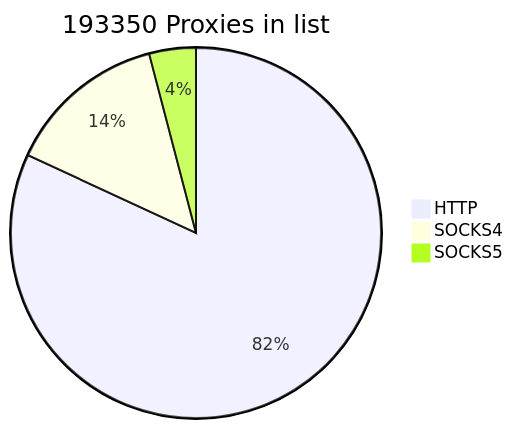
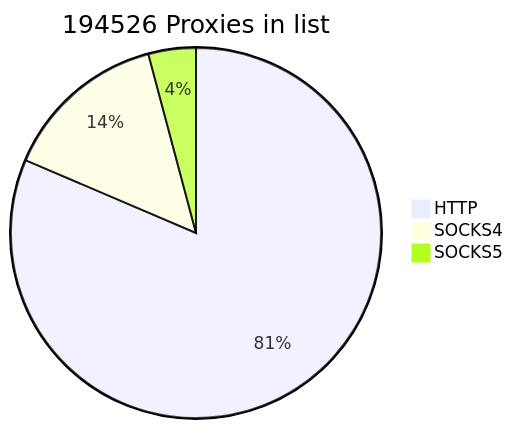
Before and after one commit to cutipu/proxylist: the first of 2 diagrams in README.md, drawn with Mermaid. The commit also changed other lines of this file, not shown here.

````diff
--- a/README.md
+++ b/README.md
@@ -2,7 +2,7 @@
 ```mermaid
-pie title 193350 Proxies in list
-    "HTTP" : 158364
-    "SOCKS4" : 27115
-    "SOCKS5" : 7871
+pie title 194526 Proxies in list
+    "HTTP" : 158390
+    "SOCKS4" : 28075
+    "SOCKS5" : 8061
             
 ```
````
